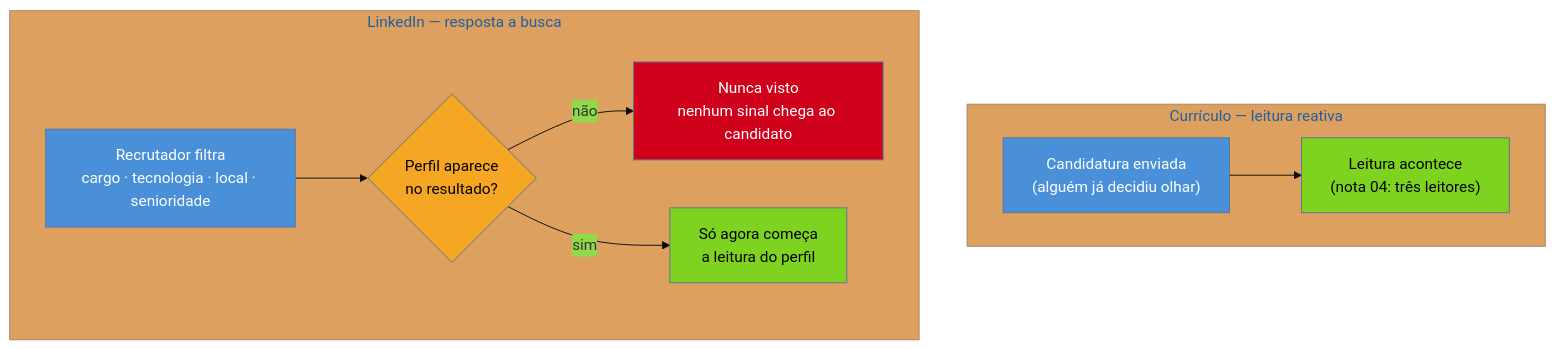
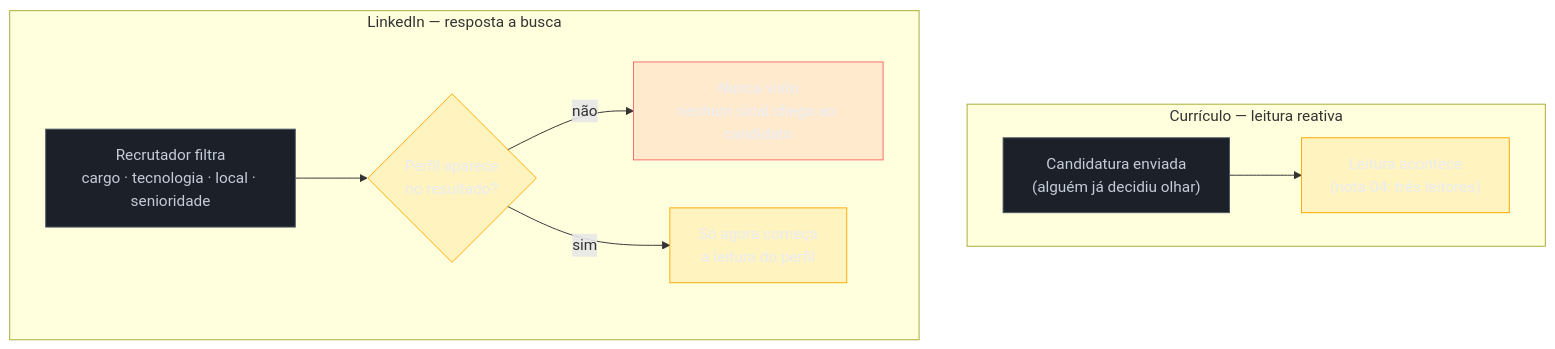
The diagram in 03-Dominios/Carreira/Currículo/23 - LinkedIn — o par que responde a busca.md (josenaldo/codex-technomanticus), drawn with Mermaid before and after one commit. The commit also changed 1181 other files, not shown here.

First line of the commit message:
fix(diagramas): paleta do sistema no lugar de cor cravada no markdown

````diff
--- a/03-Dominios/Carreira/Currículo/23 - LinkedIn — o par que responde a busca.md
+++ b/03-Dominios/Carreira/Currículo/23 - LinkedIn — o par que responde a busca.md
@@ -80,20 +80,22 @@
 ```mermaid
-%%{init: {"theme": "base", "themeVariables": {"primaryColor": "#4A90D9"}}}%%
 flowchart TD
+    classDef neutro fill:#1B2029,stroke:#4E5666,color:#C6CCD8
+    classDef destaque fill:#FFAA0024,stroke:#FFAA00,color:#E9ECF2
+    classDef falha fill:#FF6B6B24,stroke:#FF6B6B,color:#E9ECF2
     subgraph CV["Currículo — leitura reativa"]
         App["Candidatura enviada<br/>(alguém já decidiu olhar)"] --> Ler1["Leitura acontece<br/>(nota 04: três leitores)"]
     end
 
     subgraph LI["LinkedIn — resposta a busca"]
         Filtro["Recrutador filtra<br/>cargo · tecnologia · local · senioridade"] --> Busca{"Perfil aparece<br/>no resultado?"}
         Busca -->|"não"| Nada["Nunca visto<br/>nenhum sinal chega ao candidato"]
         Busca -->|"sim"| Ler2["Só agora começa<br/>a leitura do perfil"]
     end
 
-    style App fill:#4A90D9,color:#fff
-    style Ler1 fill:#7ED321,color:#000
-    style Filtro fill:#4A90D9,color:#fff
-    style Busca fill:#F5A623,color:#000
-    style Nada fill:#D0021B,color:#fff
-    style Ler2 fill:#7ED321,color:#000
+    class App neutro
+    class Ler1 destaque
+    class Filtro neutro
+    class Busca destaque
+    class Nada falha
+    class Ler2 destaque
 ```
````
